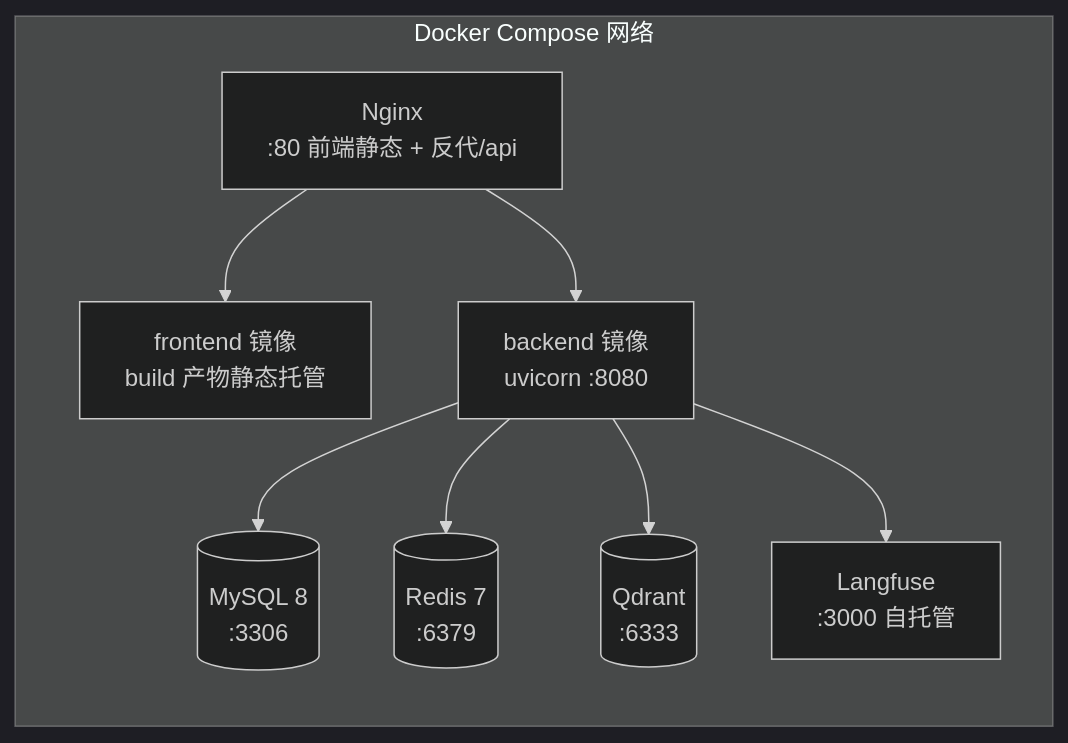
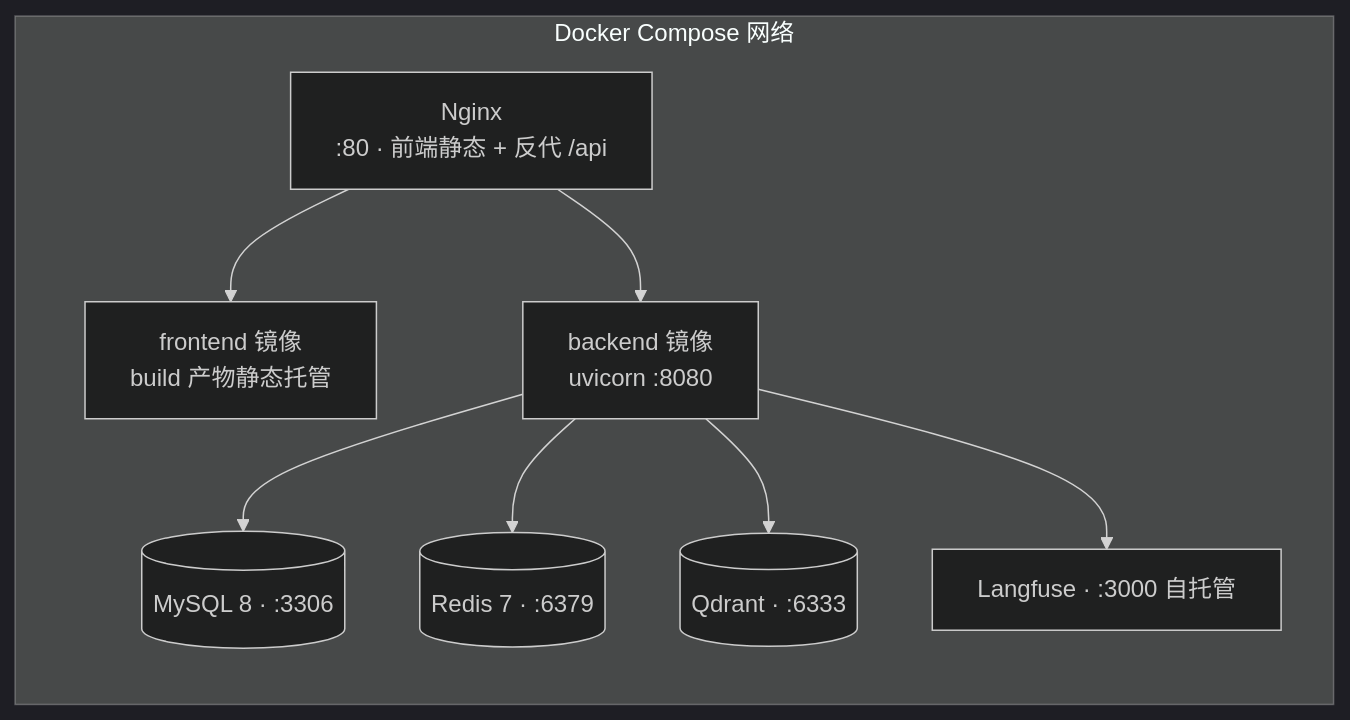
One commit to wangn-tech/contract-review changed the fifth of 6 diagrams in docs/DESIGN.md. Above: the diagram before and after it, drawn with Mermaid (dark theme). The commit also changed other lines of this file and 3 other files, not shown here.

Commit message:
docs: fix mermaid rendering (quoted labels), add DB schema design with E-R diagram, normalize architecture diagrams, extend golden set to 58 cases, add quickstart guide

````diff
--- a/docs/DESIGN.md
+++ b/docs/DESIGN.md
@@ -241,15 +394,15 @@
 ```mermaid
 flowchart LR
-    subgraph DOCKER[Docker Compose 网络]
-        NGINX[Nginx<br/>:80 前端静态 + 反代/api]
-        FE[frontend 镜像<br/>build 产物静态托管]
-        BE[backend 镜像<br/>uvicorn :8080]
-        MYSQL[(MySQL 8<br/>:3306)]
-        REDIS[(Redis 7<br/>:6379)]
-        QD[(Qdrant<br/>:6333)]
-        LF[Langfuse<br/>:3000 自托管]
+    subgraph DOCKER["Docker Compose 网络"]
+        NGINX["Nginx<br/>:80 · 前端静态 + 反代 /api"]
+        FE["frontend 镜像<br/>build 产物静态托管"]
+        BE["backend 镜像<br/>uvicorn :8080"]
+        MYSQL[("MySQL 8 · :3306")]
+        REDIS[("Redis 7 · :6379")]
+        QD[("Qdrant · :6333")]
+        LF["Langfuse · :3000 自托管"]
     end
     NGINX --> FE
     NGINX --> BE
     BE --> MYSQL & REDIS & QD & LF
 ```
````
